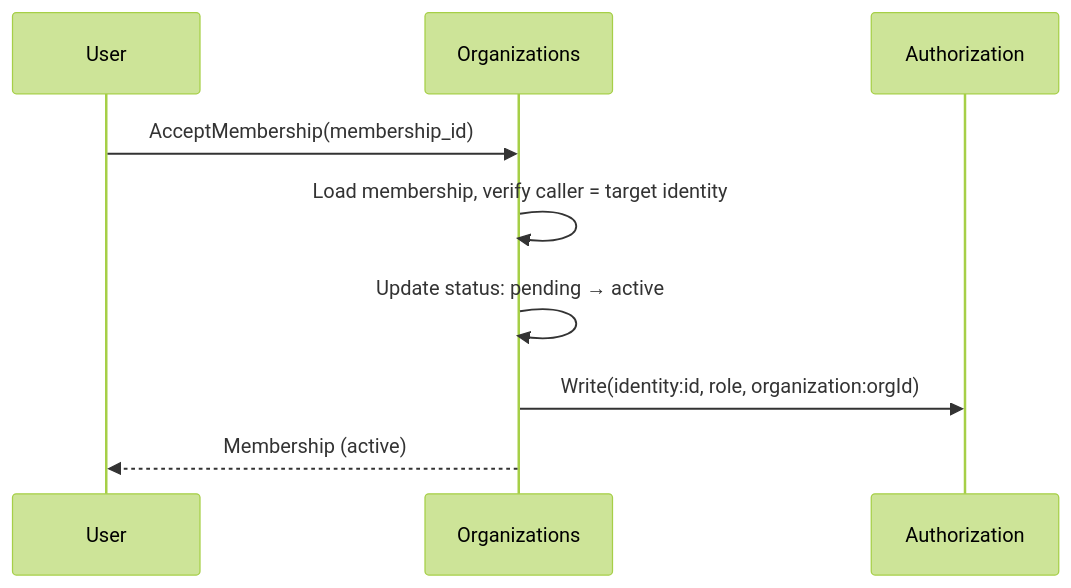
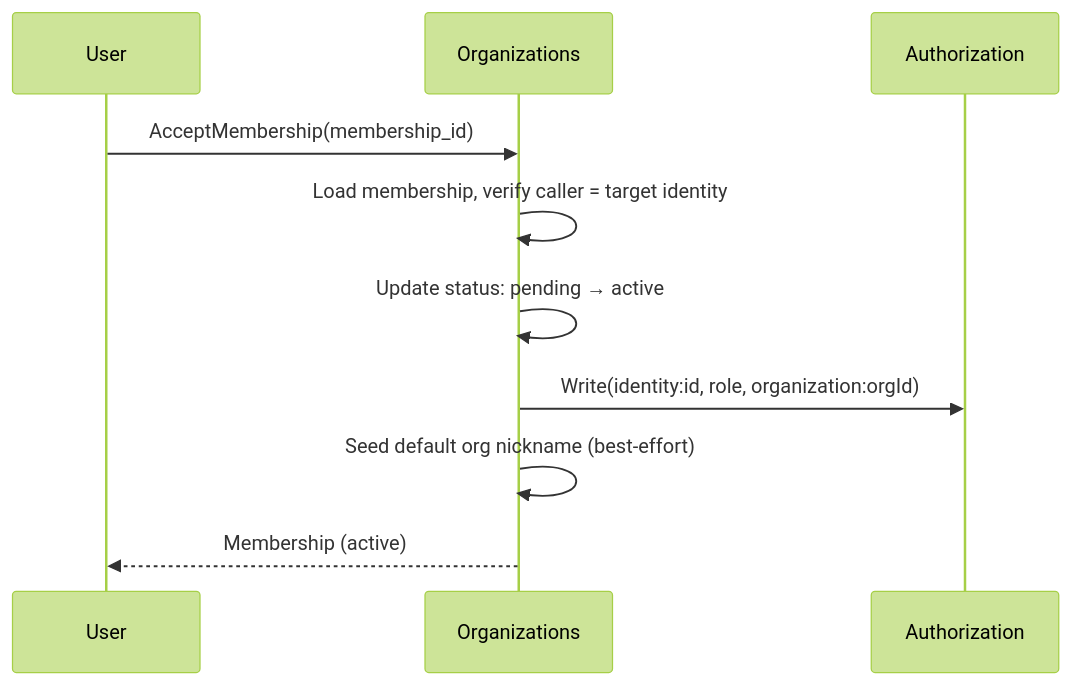
One commit to agynio/architecture changed the second of 2 diagrams in architecture/organizations.md. Above: the diagram before and after it, drawn with Mermaid (forest theme). The commit also changed other lines of this file and 5 other files, not shown here.

````diff
--- a/architecture/organizations.md
+++ b/architecture/organizations.md
@@ -132,12 +143,13 @@
 ```mermaid
 sequenceDiagram
     participant User
     participant Orgs as Organizations
     participant Auth as Authorization
 
     User->>Orgs: AcceptMembership(membership_id)
     Orgs->>Orgs: Load membership, verify caller = target identity
     Orgs->>Orgs: Update status: pending → active
     Orgs->>Auth: Write(identity:id, role, organization:orgId)
+    Orgs->>Orgs: Seed default org nickname (best-effort)
     Orgs-->>User: Membership (active)
 ```
````
